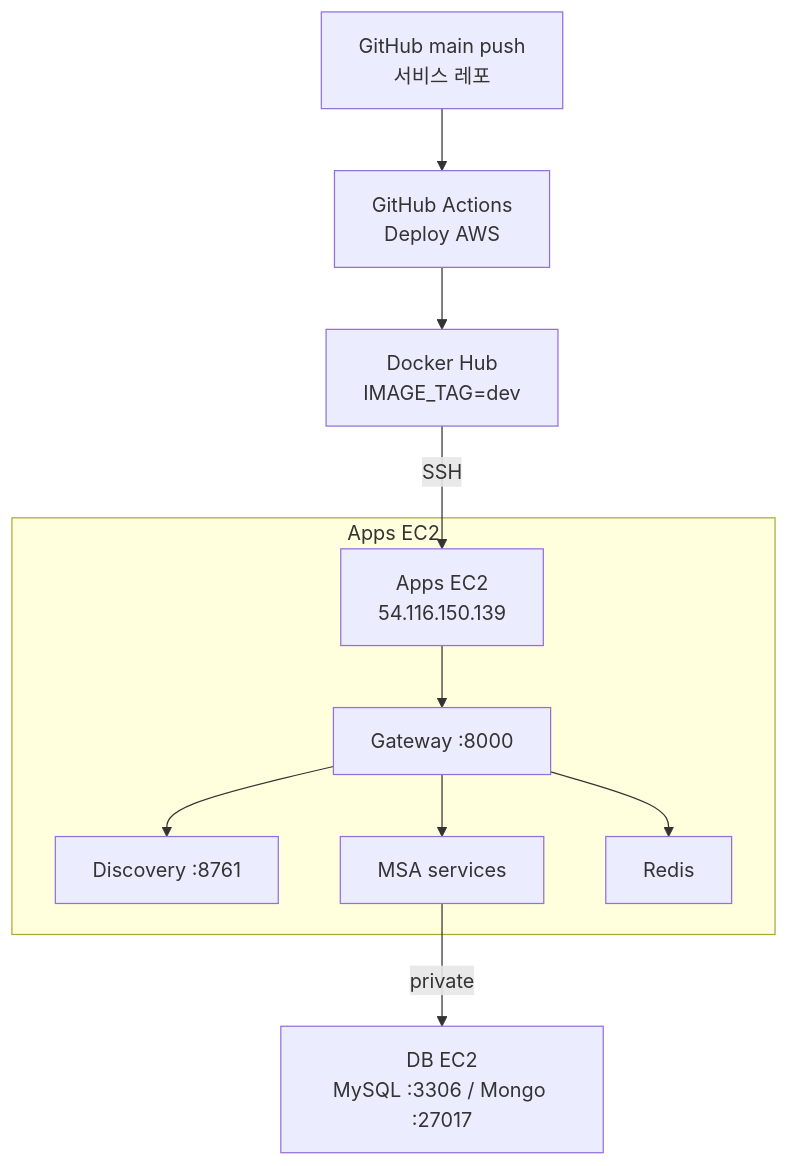
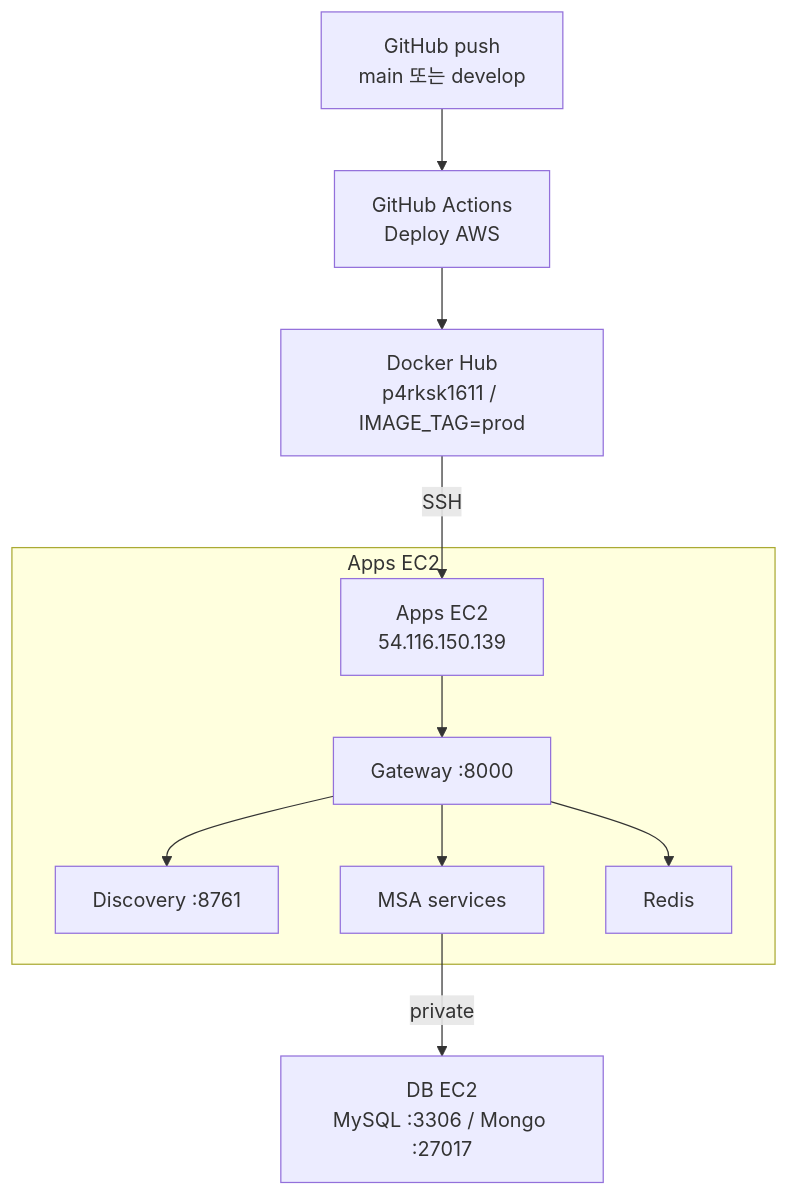
One commit to SpartaValueHub/ValueHub-AWS-Infra changed the first of 2 diagrams in docs/cicd-flow.md. Above: the diagram before and after it, drawn with Mermaid. The commit also changed other lines of this file, not shown here.

Commit message:
Update cicd-flow docs for develop trigger and prod Hub images.

````diff
--- a/docs/cicd-flow.md
+++ b/docs/cicd-flow.md
@@ -23,15 +23,15 @@
 ```mermaid
 flowchart TD
-  A[GitHub main push<br/>서비스 레포] --> B[GitHub Actions<br/>Deploy AWS]
-  B --> C[Docker Hub<br/>IMAGE_TAG=dev]
+  A[GitHub push<br/>main 또는 develop] --> B[GitHub Actions<br/>Deploy AWS]
+  B --> C[Docker Hub<br/>p4rksk1611 / IMAGE_TAG=prod]
   C -->|SSH| D[Apps EC2<br/>54.116.150.139]
 
   subgraph Apps["Apps EC2"]
     D --> E[Gateway :8000]
     E --> F[Discovery :8761]
     E --> G[MSA services]
     E --> H[Redis]
   end
 
   G -->|private| I[DB EC2<br/>MySQL :3306 / Mongo :27017]
 ```
````
